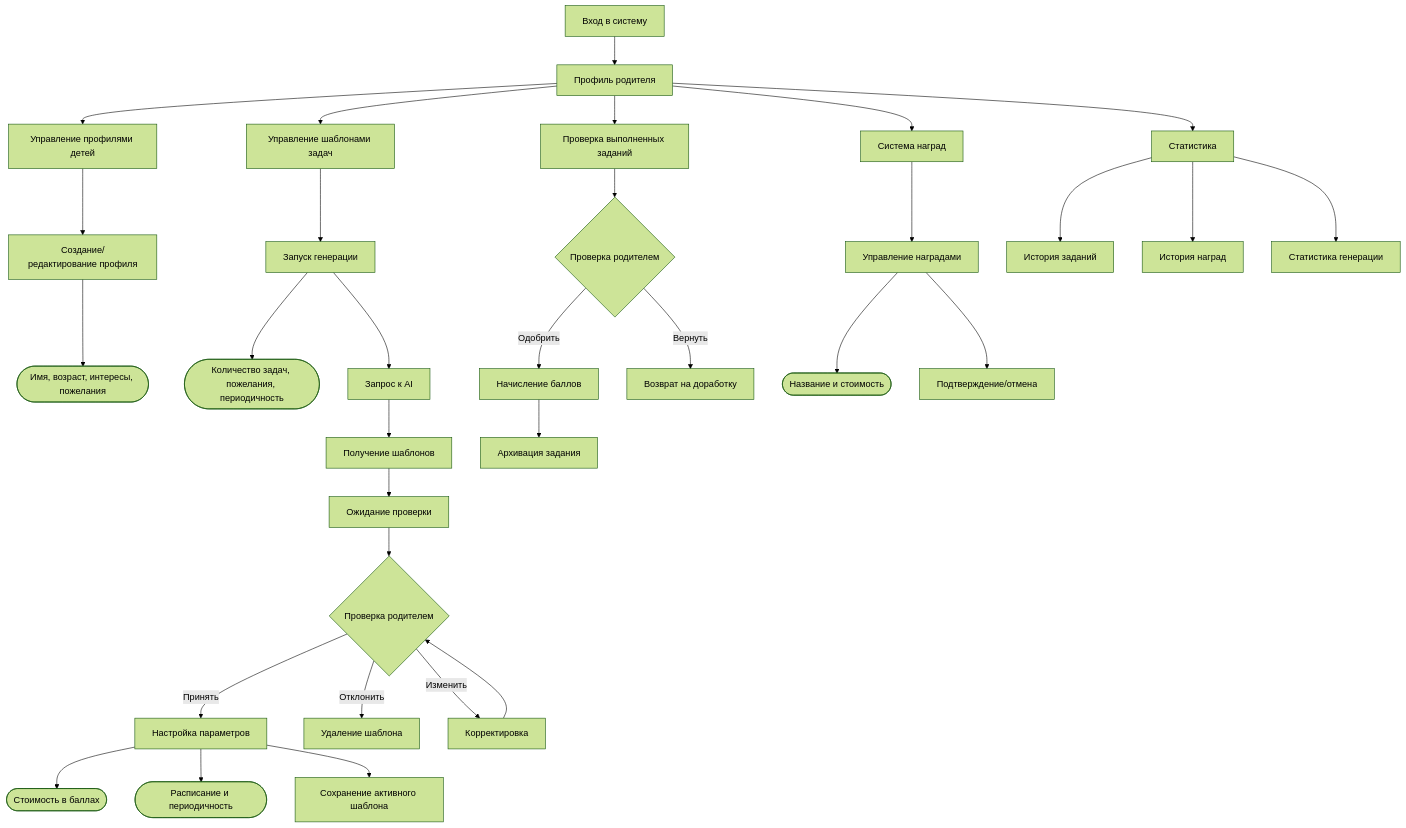
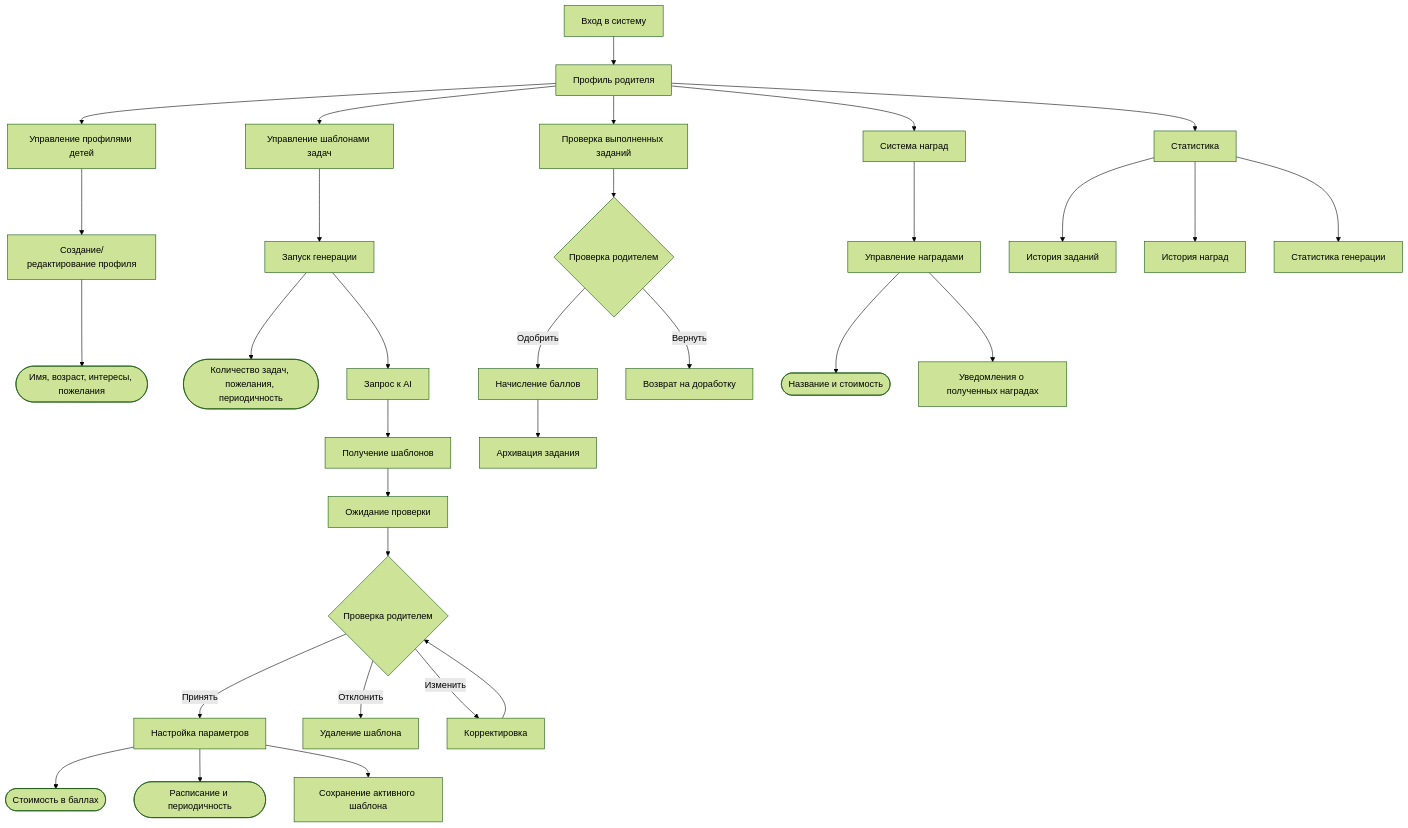
The diagram in docs/diagrams/parent.mermaid (kid-tasks-ai/kid-tasks-ai), drawn with Mermaid (forest theme) before and after one commit. The commit also changed 2 other files, not shown here.

Commit message:
update diagrams (#7)

```diff
--- a/docs/diagrams/parent.mermaid
+++ b/docs/diagrams/parent.mermaid
@@ -1,44 +1,44 @@
 flowchart TD
     A1[Вход в систему] --> A2[Профиль родителя]
 
     %% Управление профилями детей
     A2 --> B1[Управление профилями детей]
     B1 --> B2[Создание/редактирование профиля]
     B2 --> B3([Имя, возраст, интересы, пожелания])
 
     %% Процесс генерации и модерации шаблонов
     A2 --> C1[Управление шаблонами задач]
     C1 --> C2[Запуск генерации]
     C2 --> C3([Количество задач, пожелания, периодичность])
     C2 --> C4[Запрос к AI]
     C4 --> C5[Получение шаблонов]
     C5 --> C6[Ожидание проверки]
 
     C6 --> C7{Проверка родителем}
     C7 -->|Принять| C8[Настройка параметров]
     C7 -->|Отклонить| C9[Удаление шаблона]
     C7 -->|Изменить| C10[Корректировка]
     C10 --> C7
 
     C8 --> C11([Стоимость в баллах])
     C8 --> C12([Расписание и периодичность])
     C8 --> C13[Сохранение активного шаблона]
 
     %% Проверка выполненных
     A2 --> D1[Проверка выполненных заданий]
     D1 --> D2{Проверка родителем}
     D2 -->|Одобрить| D3[Начисление баллов]
     D2 -->|Вернуть| D4[Возврат на доработку]
     D3 --> D5[Архивация задания]
 
     %% Система наград
     A2 --> E1[Система наград]
     E1 --> E2[Управление наградами]
     E2 --> E3([Название и стоимость])
-    E2 --> E4[Подтверждение/отмена]
+    E2 --> E4[Уведомления о полученных наградах]
 
     %% Статистика
     A2 --> F1[Статистика]
     F1 --> F2[История заданий]
     F1 --> F3[История наград]
     F1 --> F4[Статистика генерации]
```
